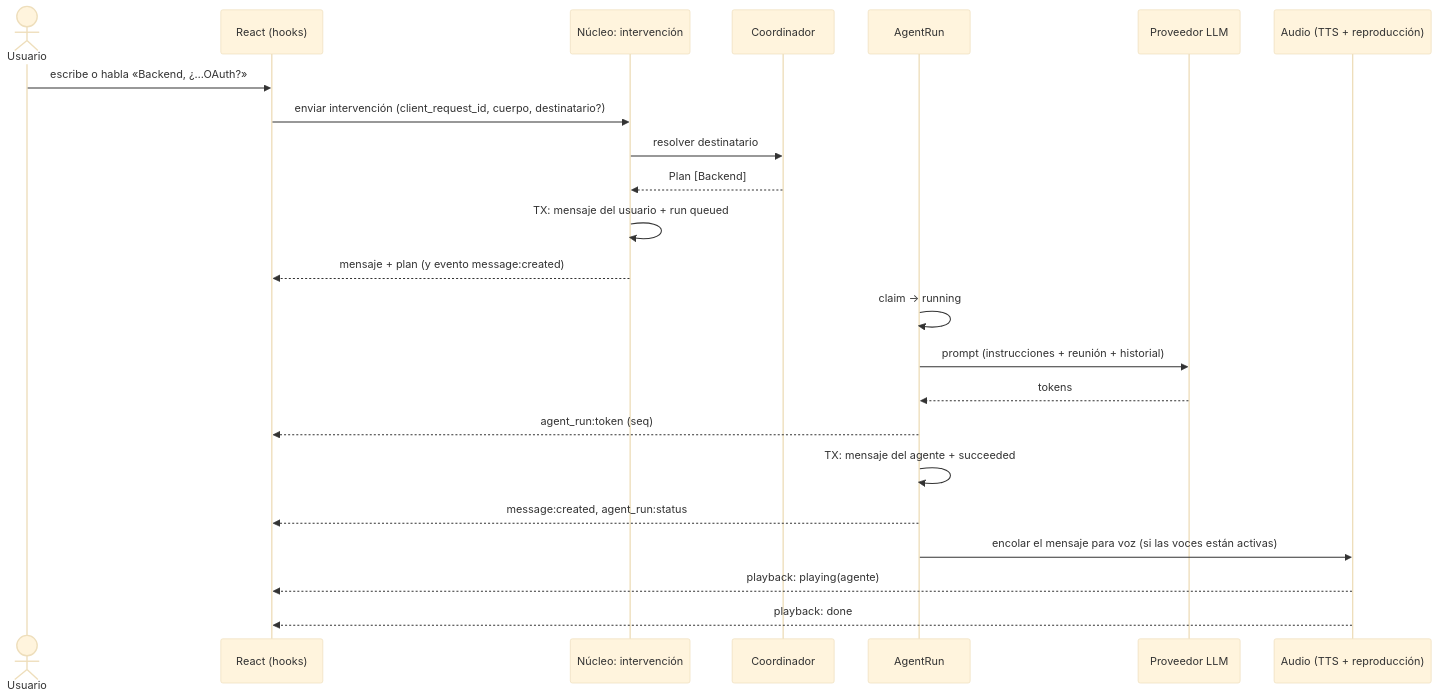
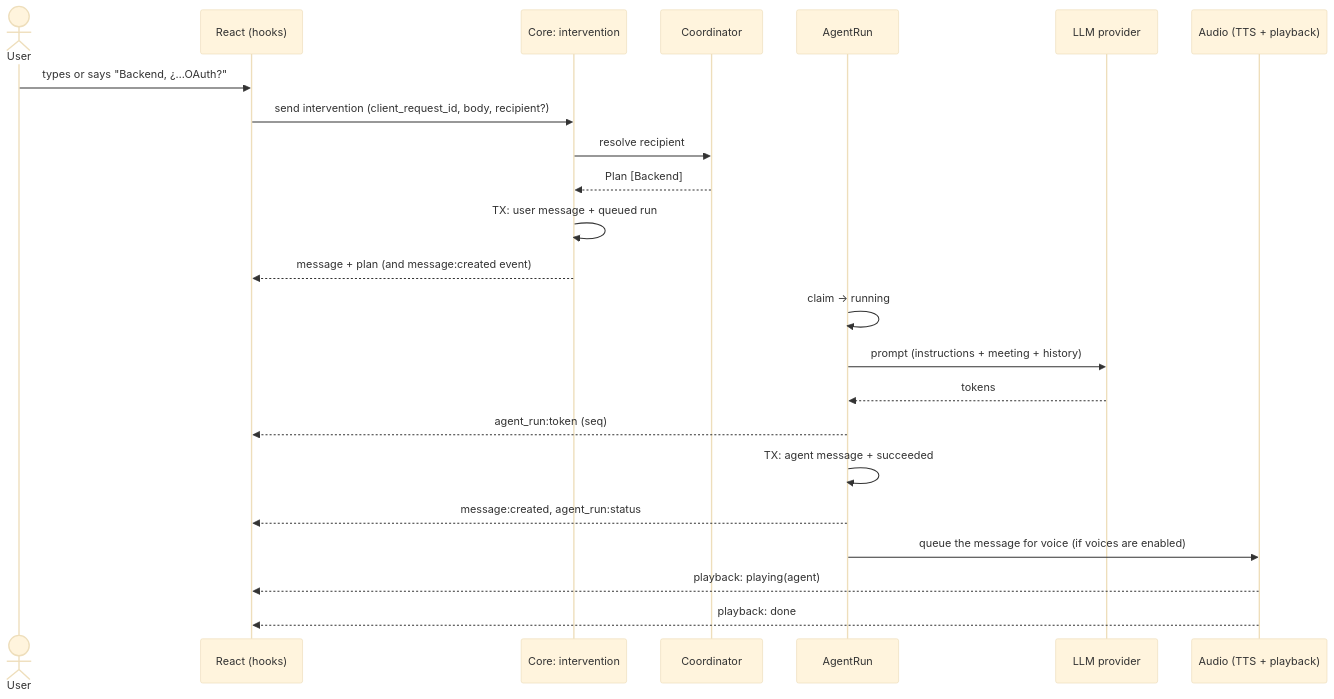
One commit to Dach3r/meelting changed the fourth of 8 diagrams in docs/architecture/conversation-engine.md. Above: the diagram before and after it, drawn with Mermaid (base theme). The commit also changed other lines of this file, not shown here.

````diff
--- a/docs/architecture/conversation-engine.md
+++ b/docs/architecture/conversation-engine.md
@@ -276,25 +276,25 @@
 ```mermaid
 sequenceDiagram
-    actor U as Usuario
+    actor U as User
     participant UI as React (hooks)
-    participant C as Núcleo: intervención
-    participant K as Coordinador
+    participant C as Core: intervention
+    participant K as Coordinator
     participant R as AgentRun
-    participant P as Proveedor LLM
-    participant A as Audio (TTS + reproducción)
-    U->>UI: escribe o habla «Backend, ¿…OAuth?»
-    UI->>C: enviar intervención (client_request_id, cuerpo, destinatario?)
-    C->>K: resolver destinatario
+    participant P as LLM provider
+    participant A as Audio (TTS + playback)
+    U->>UI: types or says "Backend, ¿…OAuth?"
+    UI->>C: send intervention (client_request_id, body, recipient?)
+    C->>K: resolve recipient
     K-->>C: Plan [Backend]
-    C->>C: TX: mensaje del usuario + run queued
-    C-->>UI: mensaje + plan (y evento message:created)
+    C->>C: TX: user message + queued run
+    C-->>UI: message + plan (and message:created event)
     R->>R: claim → running
-    R->>P: prompt (instrucciones + reunión + historial)
+    R->>P: prompt (instructions + meeting + history)
     P-->>R: tokens
     R-->>UI: agent_run:token (seq)
-    R->>R: TX: mensaje del agente + succeeded
+    R->>R: TX: agent message + succeeded
     R-->>UI: message:created, agent_run:status
-    R->>A: encolar el mensaje para voz (si las voces están activas)
-    A-->>UI: playback: playing(agente)
+    R->>A: queue the message for voice (if voices are enabled)
+    A-->>UI: playback: playing(agent)
     A-->>UI: playback: done
 ```
````
